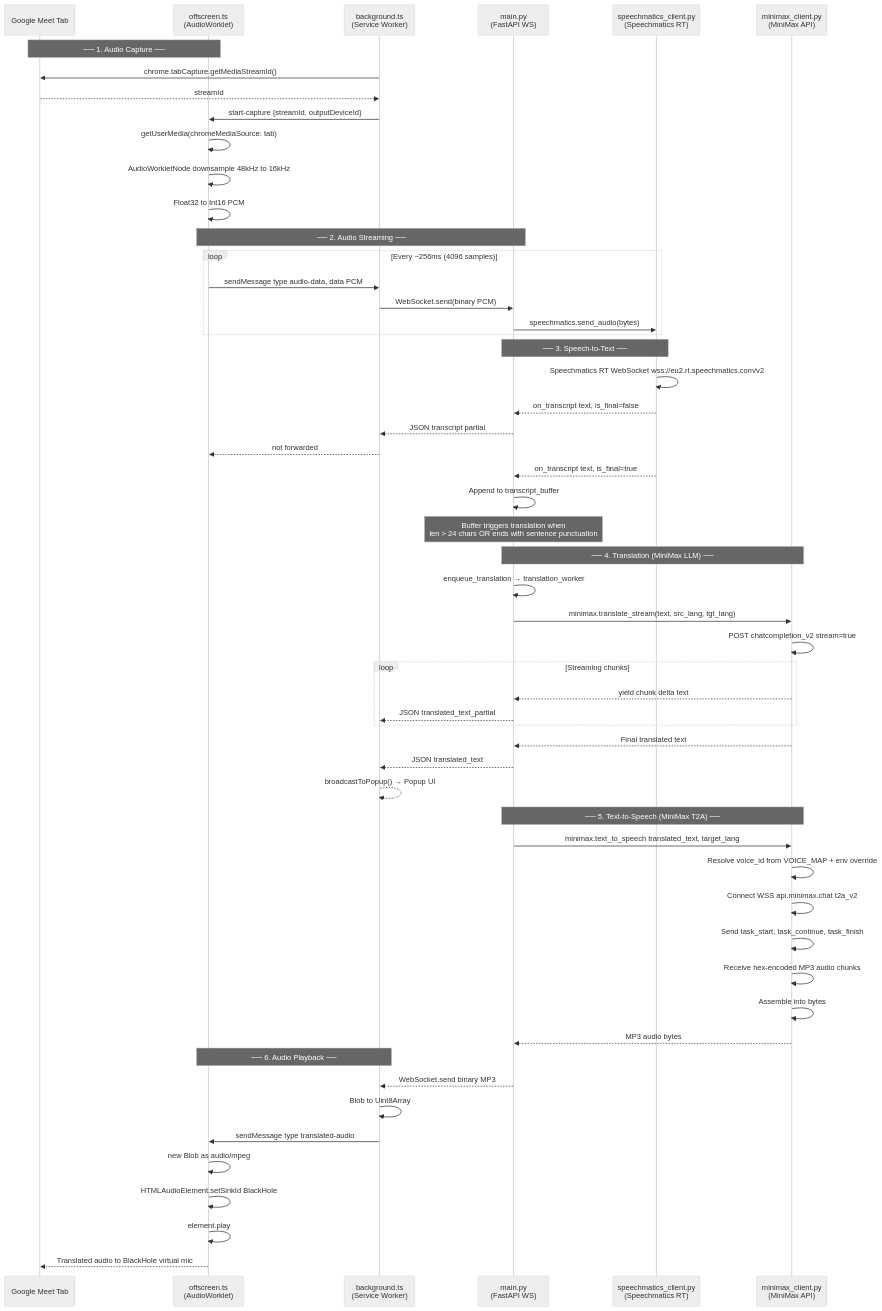
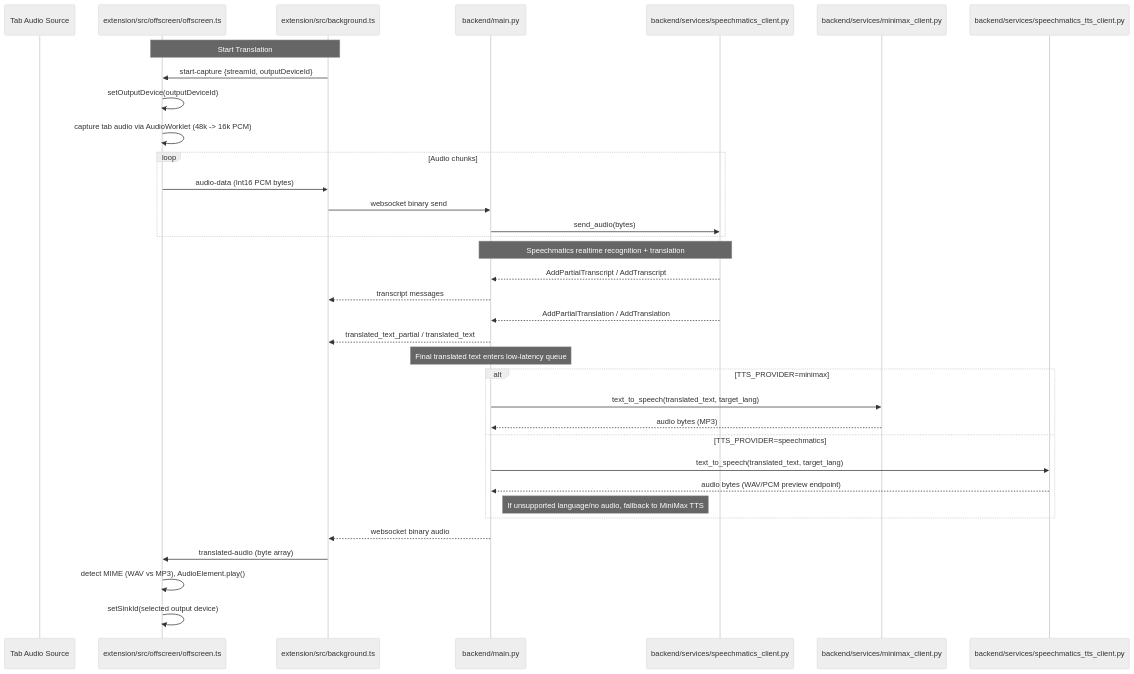
The second of 2 diagrams in architecture.md (shlawgathon/interpreter), drawn with Mermaid (neutral theme) before and after one commit. The commit also changed other lines of this file and 9 other files, not shown here.

````diff
--- a/architecture.md
+++ b/architecture.md
@@ -20,73 +22,42 @@
 ```mermaid
 sequenceDiagram
-    participant Tab as Google Meet Tab
-    participant OFS as offscreen.ts<br/>(AudioWorklet)
-    participant BG as background.ts<br/>(Service Worker)
-    participant WS as main.py<br/>(FastAPI WS)
-    participant SM as speechmatics_client.py<br/>(Speechmatics RT)
-    participant MM as minimax_client.py<br/>(MiniMax API)
+    participant Tab as Tab Audio Source
+    participant OFS as extension/src/offscreen/offscreen.ts
+    participant BG as extension/src/background.ts
+    participant API as backend/main.py
+    participant SM as backend/services/speechmatics_client.py
+    participant MM as backend/services/minimax_client.py
+    participant SMTTS as backend/services/speechmatics_tts_client.py
 
-    Note over Tab, OFS: ── 1. Audio Capture ──
+    Note over BG,OFS: Start Translation
+    BG->>OFS: start-capture {streamId, outputDeviceId}
+    OFS->>OFS: setOutputDevice(outputDeviceId)
+    OFS->>OFS: capture tab audio via AudioWorklet (48k -> 16k PCM)
 
-    BG->>Tab: chrome.tabCapture.getMediaStreamId()
-    Tab-->>BG: streamId
-    BG->>OFS: start-capture {streamId, outputDeviceId}
-    OFS->>OFS: getUserMedia(chromeMediaSource: tab)
-    OFS->>OFS: AudioWorkletNode downsample 48kHz to 16kHz
-    OFS->>OFS: Float32 to Int16 PCM
-
-    Note over OFS, WS: ── 2. Audio Streaming ──
-
-    loop Every ~256ms (4096 samples)
-        OFS->>BG: sendMessage type audio-data, data PCM
-        BG->>WS: WebSocket.send(binary PCM)
-        WS->>SM: speechmatics.send_audio(bytes)
+    loop Audio chunks
+        OFS->>BG: audio-data (Int16 PCM bytes)
+        BG->>API: websocket binary send
+        API->>SM: send_audio(bytes)
     end
 
-    Note over SM, WS: ── 3. Speech-to-Text ──
+    Note over SM,API: Speechmatics realtime recognition + translation
+    SM-->>API: AddPartialTranscript / AddTranscript
+    API-->>BG: transcript messages
+    SM-->>API: AddPartialTranslation / AddTranslation
+    API-->>BG: translated_text_partial / translated_text
 
-    SM->>SM: Speechmatics RT WebSocket wss://eu2.rt.speechmatics.com/v2
-    SM-->>WS: on_transcript text, is_final=false
-    WS-->>BG: JSON transcript partial
-    BG-->>OFS: not forwarded
-
-    SM-->>WS: on_transcript text, is_final=true
-    WS->>WS: Append to transcript_buffer
-
-    Note over WS: Buffer triggers translation when<br/>len > 24 chars OR ends with sentence punctuation
-
-    Note over WS, MM: ── 4. Translation (MiniMax LLM) ──
-
-    WS->>WS: enqueue_translation → translation_worker
-    WS->>MM: minimax.translate_stream(text, src_lang, tgt_lang)
-    MM->>MM: POST chatcompletion_v2 stream=true
-
-    loop Streaming chunks
-        MM-->>WS: yield chunk delta text
-        WS-->>BG: JSON translated_text_partial
+    Note over API: Final translated text enters low-latency queue
+    alt TTS_PROVIDER=minimax
+        API->>MM: text_to_speech(translated_text, target_lang)
+        MM-->>API: audio bytes (MP3)
+    else TTS_PROVIDER=speechmatics
+        API->>SMTTS: text_to_speech(translated_text, target_lang)
+        SMTTS-->>API: audio bytes (WAV/PCM preview endpoint)
+        Note right of API: If unsupported language/no audio, fallback to MiniMax TTS
     end
 
-    MM-->>WS: Final translated text
-    WS-->>BG: JSON translated_text
-    BG-->>BG: broadcastToPopup() → Popup UI
-
-    Note over WS, MM: ── 5. Text-to-Speech (MiniMax T2A) ──
-
-    WS->>MM: minimax.text_to_speech translated_text, target_lang
-    MM->>MM: Resolve voice_id from VOICE_MAP + env override
-    MM->>MM: Connect WSS api.minimax.chat t2a_v2
-    MM->>MM: Send task_start, task_continue, task_finish
-    MM->>MM: Receive hex-encoded MP3 audio chunks
-    MM->>MM: Assemble into bytes
-    MM-->>WS: MP3 audio bytes
-
-    Note over BG, OFS: ── 6. Audio Playback ──
-
-    WS-->>BG: WebSocket.send binary MP3
-    BG->>BG: Blob to Uint8Array
-    BG->>OFS: sendMessage type translated-audio
-    OFS->>OFS: new Blob as audio/mpeg
-    OFS->>OFS: HTMLAudioElement.setSinkId BlackHole
-    OFS->>OFS: element.play
-    OFS-->>Tab: Translated audio to BlackHole virtual mic
+    API-->>BG: websocket binary audio
+    BG->>OFS: translated-audio (byte array)
+    OFS->>OFS: detect MIME (WAV vs MP3), AudioElement.play()
+    OFS->>OFS: setSinkId(selected output device)
 ```
````
